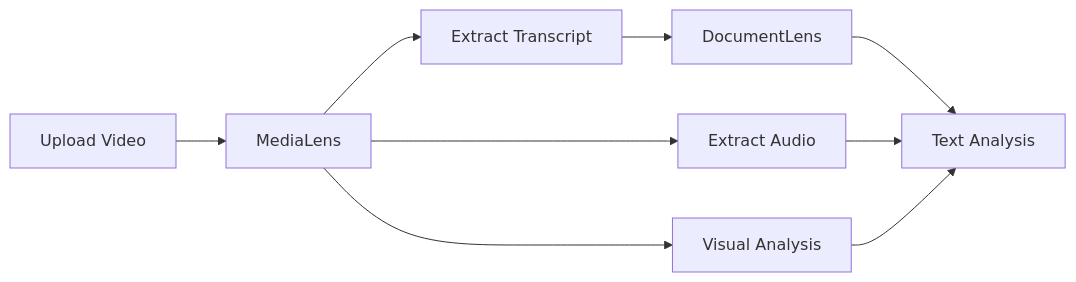
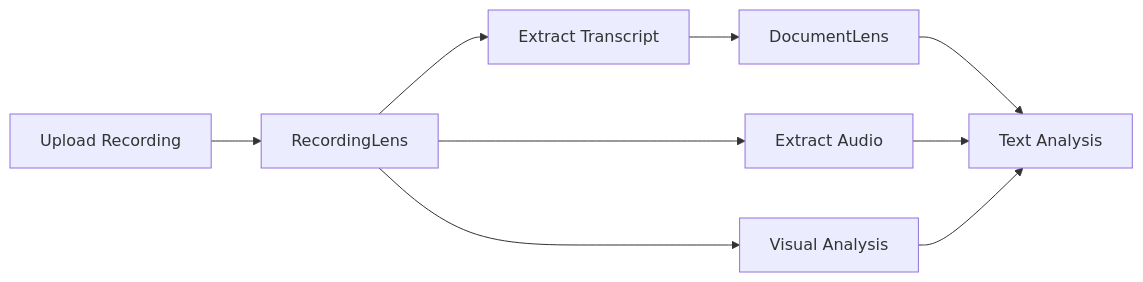
The second of 2 diagrams in docs/architecture/MICROSERVICES_ARCHITECTURE.md (michaelborck-education/document-lens), drawn with Mermaid before and after one commit. The commit also changed other lines of this file and 3 other files, not shown here.

First line of the commit message:
Perfect service naming: RecordingLens + SubmissionLens architecture

````diff
--- a/docs/architecture/MICROSERVICES_ARCHITECTURE.md
+++ b/docs/architecture/MICROSERVICES_ARCHITECTURE.md
@@ -81,11 +81,11 @@
 ```mermaid
 graph LR
-    A[Upload Video] --> B[MediaLens]
+    A[Upload Recording] --> B[RecordingLens]
     B --> C[Extract Audio]
     B --> D[Extract Transcript]
     B --> E[Visual Analysis]
     D --> F[DocumentLens]
     F --> G[Text Analysis]
     C --> G
     E --> G
 ```
````
